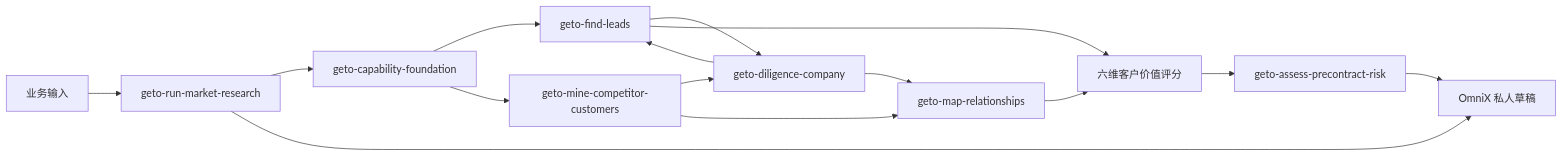
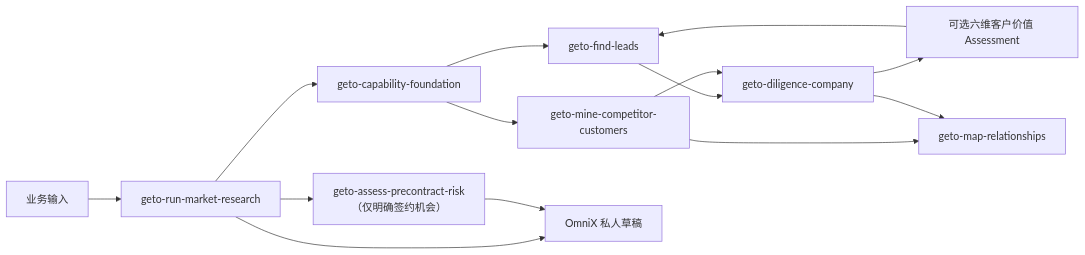
The diagram in README.md (Geto-distributor/geto-overseas-outreach-skills), drawn with Mermaid before and after one commit. The commit also changed other lines of this file and 18 other files, not shown here.

````diff
--- a/README.md
+++ b/README.md
@@ -21,17 +21,16 @@
 ```mermaid
 flowchart LR
   U["业务输入"] --> O["geto-run-market-research"]
   O --> F["geto-capability-foundation"]
   F --> L["geto-find-leads"]
   F --> C["geto-mine-competitor-customers"]
   L --> D["geto-diligence-company"]
   C --> D
   C --> R["geto-map-relationships"]
-  D --> L
+  D --> A["可选六维客户价值 Assessment"]
   D --> R
-  L --> A["六维客户价值评分"]
-  R --> A
-  A --> K["geto-assess-precontract-risk"]
+  A --> L
+  O --> K["geto-assess-precontract-risk（仅明确签约机会）"]
   O --> M["OmniX 私人草稿"]
   K --> M
 ```
````
